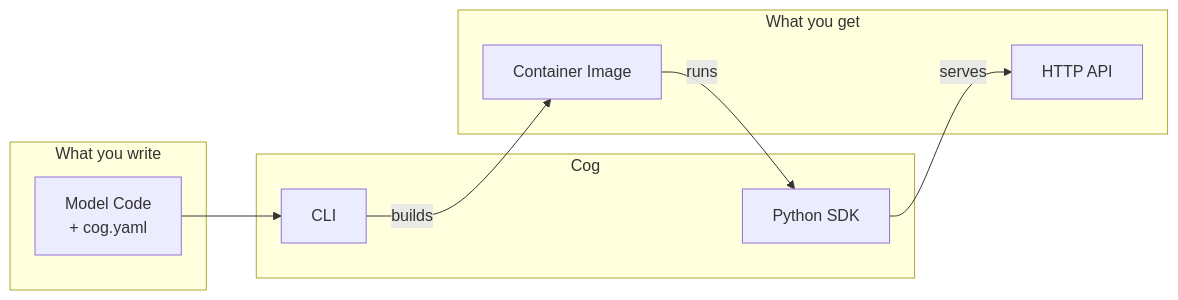
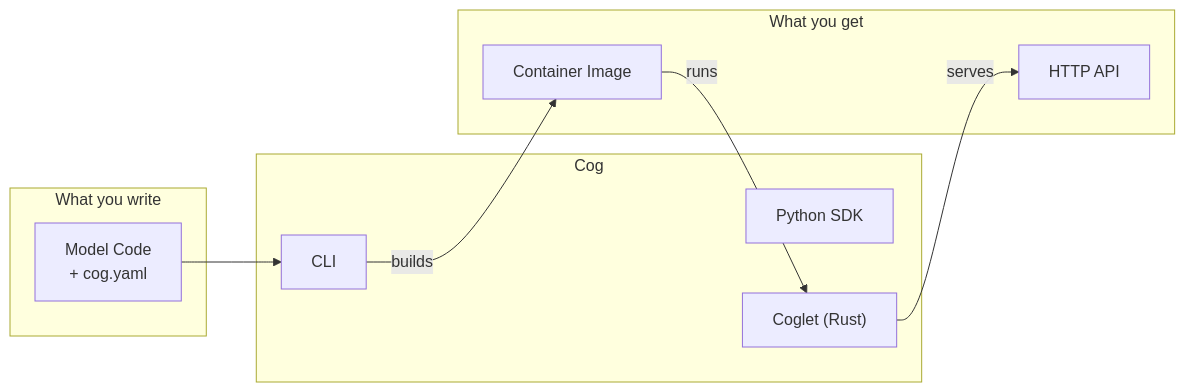
One commit to replicate/cog changed the first of 2 diagrams in architecture/00-overview.md. Above: the diagram before and after it, drawn with Mermaid. The commit also changed other lines of this file and 10 other files, not shown here.

First line of the commit message:
docs(architecture): remove legacy runtime, establish coglet as sole runtime

````diff
--- a/architecture/00-overview.md
+++ b/architecture/00-overview.md
@@ -7,21 +7,22 @@
 ```mermaid
 flowchart LR
     subgraph input["What you write"]
         model["Model Code<br/>+ cog.yaml"]
     end
     
     subgraph cog["Cog"]
         cli["CLI"]
         sdk["Python SDK"]
+        coglet["Coglet (Rust)"]
     end
     
     subgraph output["What you get"]
         image["Container Image"]
         api["HTTP API"]
     end
     
     model --> cli
     cli -->|"builds"| image
-    image -->|"runs"| sdk
-    sdk -->|"serves"| api
+    image -->|"runs"| coglet
+    coglet -->|"serves"| api
 ```
````
